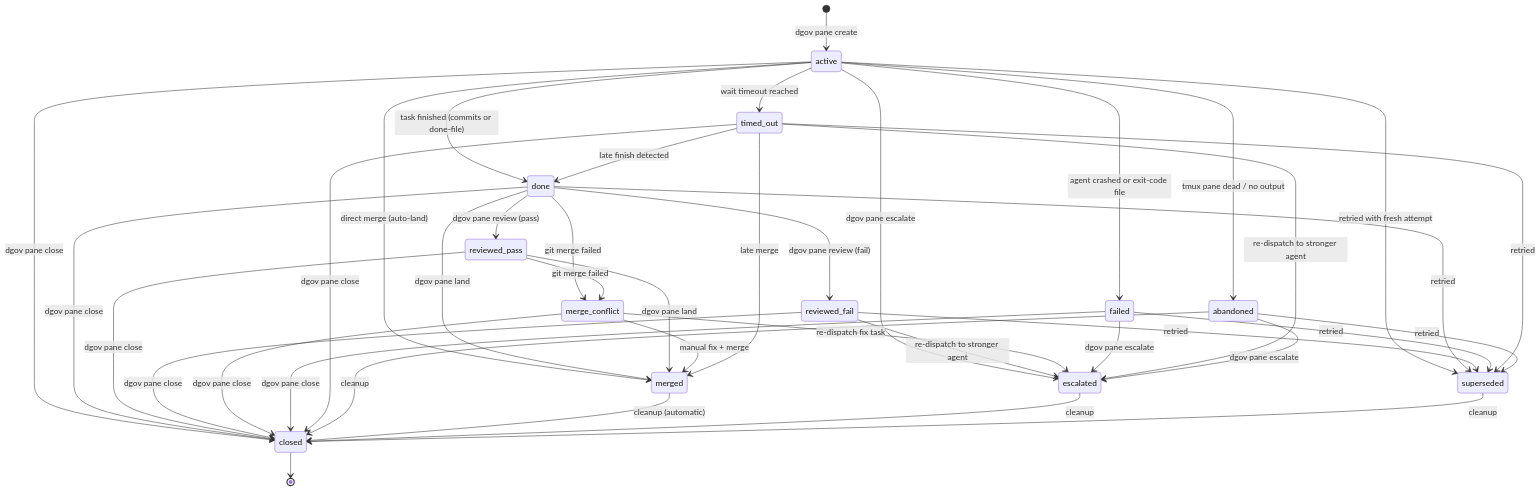
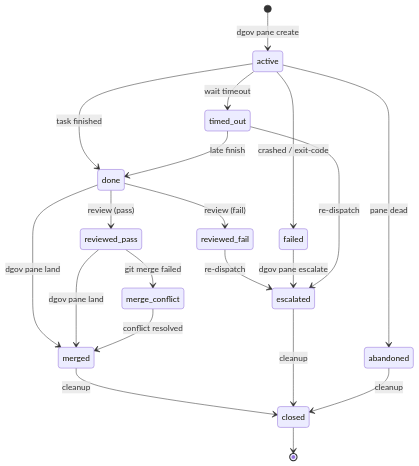
Before and after one commit to jameshgrn/dgov: the diagram in README.md, drawn with Mermaid.

Commit message:
Simplify README state diagram to primary flows
Full transition table lives in persistence.py; the diagram
shows the happy path and key recovery edges only.

````diff
--- a/README.md
+++ b/README.md
@@ -14,51 +14,28 @@
 ```mermaid
 stateDiagram-v2
     [*] --> active: dgov pane create
-    active --> done: task finished (commits or done-file)
-    active --> failed: agent crashed or exit-code file
-    active --> abandoned: tmux pane dead / no output
-    active --> escalated: dgov pane escalate
-    active --> timed_out: wait timeout reached
-    active --> closed: dgov pane close
-    active --> superseded: retried with fresh attempt
-    active --> merged: direct merge (auto-land)
 
-    done --> reviewed_pass: dgov pane review (pass)
-    done --> reviewed_fail: dgov pane review (fail)
+    active --> done: task finished
+    active --> failed: crashed / exit-code
+    active --> timed_out: wait timeout
+    active --> abandoned: pane dead
+
+    done --> reviewed_pass: review (pass)
+    done --> reviewed_fail: review (fail)
     done --> merged: dgov pane land
-    done --> merge_conflict: git merge failed
-    done --> closed: dgov pane close
-    done --> superseded: retried
 
     reviewed_pass --> merged: dgov pane land
     reviewed_pass --> merge_conflict: git merge failed
-    reviewed_pass --> closed: dgov pane close
-
-    reviewed_fail --> closed: dgov pane close
-    reviewed_fail --> superseded: retried
-    reviewed_fail --> escalated: re-dispatch to stronger agent
-
-    merge_conflict --> merged: manual fix + merge
-    merge_conflict --> escalated: re-dispatch fix task
-    merge_conflict --> closed: dgov pane close
+    reviewed_fail --> escalated: re-dispatch
 
     failed --> escalated: dgov pane escalate
-    failed --> superseded: retried
-    failed --> closed: dgov pane close
+    timed_out --> done: late finish
+    timed_out --> escalated: re-dispatch
+    merge_conflict --> merged: conflict resolved
 
-    timed_out --> done: late finish detected
-    timed_out --> merged: late merge
-    timed_out --> escalated: re-dispatch to stronger agent
-    timed_out --> superseded: retried
-    timed_out --> closed: dgov pane close
-
-    abandoned --> escalated: dgov pane escalate
-    abandoned --> superseded: retried
+    merged --> closed: cleanup
+    escalated --> closed: cleanup
     abandoned --> closed: cleanup
-
-    merged --> closed: cleanup (automatic)
-    escalated --> closed: cleanup
-    superseded --> closed: cleanup
 
     closed --> [*]
 ```
````
